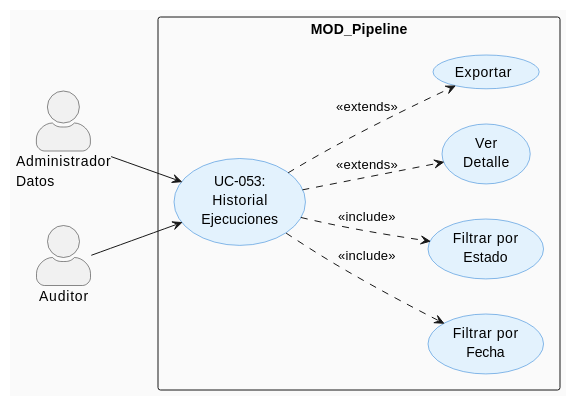
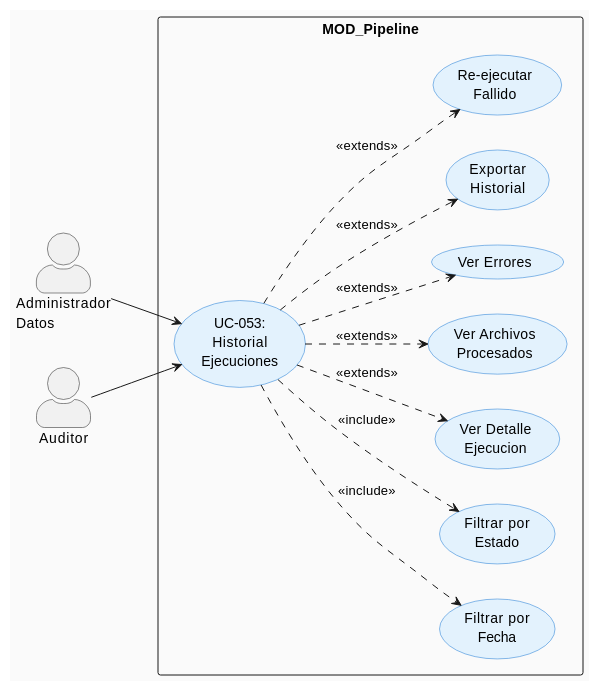
Before and after one commit to jcg-admin/IACT-docs: the first of 3 diagrams in source/requisitos/casos_uso/pipeline/UC_053_Historial_Pipeline.rst, drawn with PlantUML. The commit also changed other lines of this file and 4 other files, not shown here.

```diff
--- a/source/requisitos/casos_uso/pipeline/UC_053_Historial_Pipeline.rst
+++ b/source/requisitos/casos_uso/pipeline/UC_053_Historial_Pipeline.rst
@@ -62,32 +64,38 @@
 .. uml::
    :caption: Diagrama de Caso de Uso - UC-053 Historial Pipeline
    :align: center
    :scale: 90%
 
    @startuml
    left to right direction
    skinparam actorStyle awesome
    skinparam backgroundColor #FAFAFA
    skinparam usecase {
        BackgroundColor #E3F2FD
        BorderColor #1976D2
    }
 
    actor "Administrador\nDatos" as ADM
    actor "Auditor" as AUD
 
    rectangle "MOD_Pipeline" {
        usecase "UC-053:\nHistorial\nEjecuciones" as UC053
        usecase "Filtrar por\nFecha" as FF
        usecase "Filtrar por\nEstado" as FE
-       usecase "Ver\nDetalle" as VD
-       usecase "Exportar" as EX
+       usecase "Ver Detalle\nEjecucion" as VDE
+       usecase "Ver Archivos\nProcesados" as VAP
+       usecase "Ver Errores" as VER
+       usecase "Exportar\nHistorial" as EH
+       usecase "Re-ejecutar\nFallido" as REF
    }
 
    ADM --> UC053
    AUD --> UC053
    UC053 ..> FF : <<include>>
    UC053 ..> FE : <<include>>
-   UC053 ..> VD : <<extends>>
-   UC053 ..> EX : <<extends>>
+   UC053 ..> VDE : <<extends>>
+   UC053 ..> VAP : <<extends>>
+   UC053 ..> VER : <<extends>>
+   UC053 ..> EH : <<extends>>
+   UC053 ..> REF : <<extends>>
    @enduml
```
